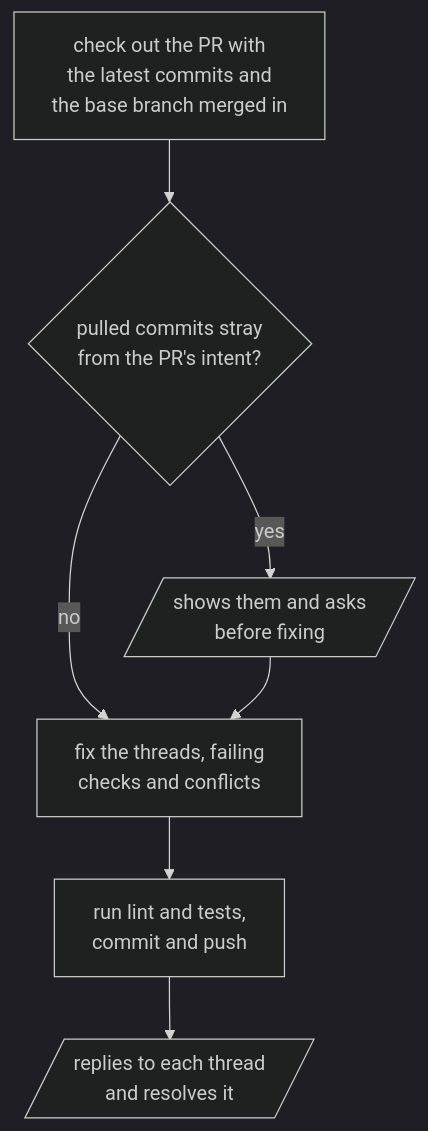
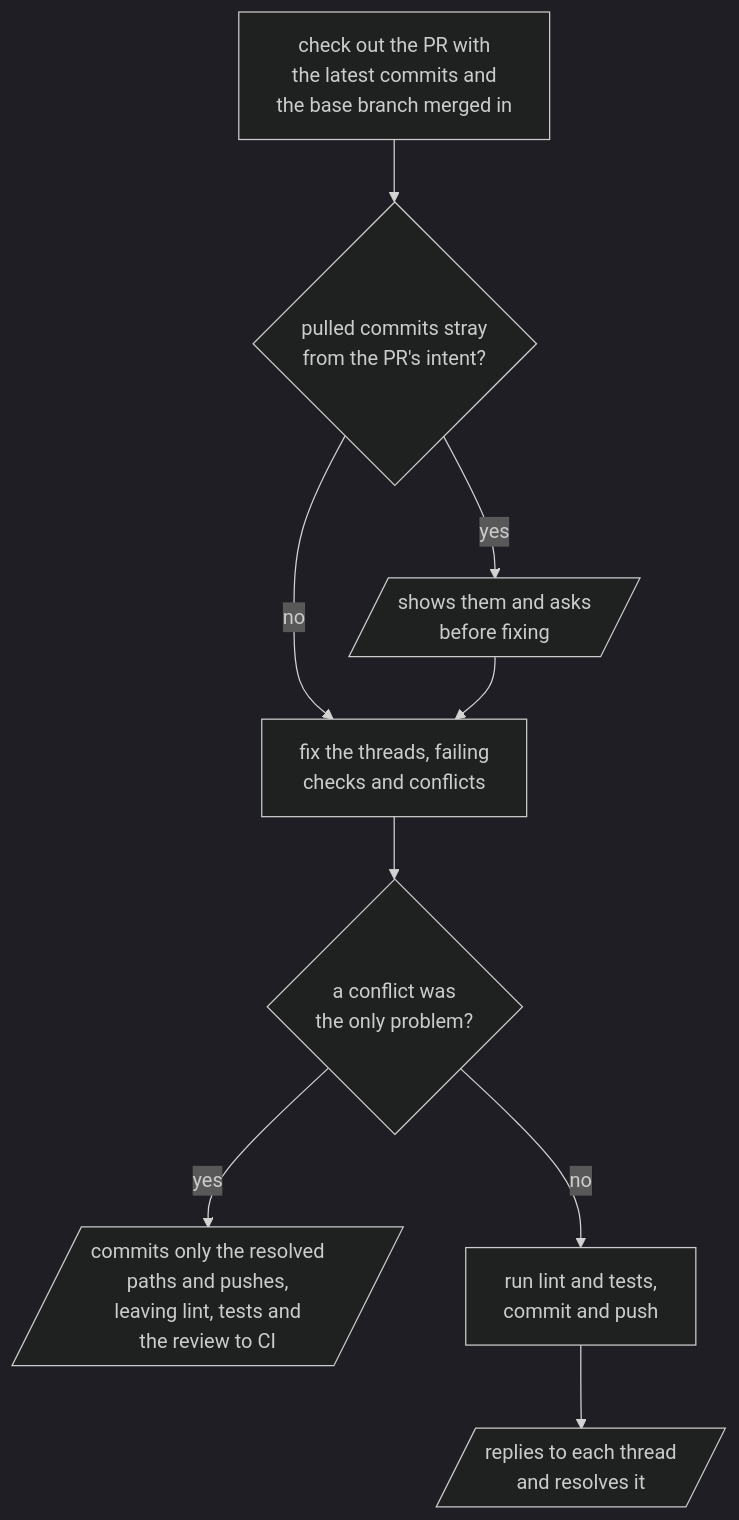
One commit to omni-stove/skill-kit changed the diagram in shared/skills/fix-pr/README.md. Above: the diagram before and after it, drawn with Mermaid (dark theme). The commit also changed 3 other files, not shown here.

````diff
--- a/shared/skills/fix-pr/README.md
+++ b/shared/skills/fix-pr/README.md
@@ -3,10 +3,12 @@
 ```mermaid
 flowchart TD
   fetch[check out the PR with<br/>the latest commits and<br/>the base branch merged in]
   fetch --> pulled{pulled commits stray<br/>from the PR's intent?}
   pulled -- "yes" --> ask[/shows them and asks<br/>before fixing/]
   pulled -- "no" --> fix
   ask --> fix[fix the threads, failing<br/>checks and conflicts]
-  fix --> push[run lint and tests,<br/>commit and push]
+  fix --> only{a conflict was<br/>the only problem?}
+  only -- "yes" --> merge[/commits only the resolved<br/>paths and pushes,<br/>leaving lint, tests and<br/>the review to CI/]
+  only -- "no" --> push[run lint and tests,<br/>commit and push]
   push --> reply[/replies to each thread<br/>and resolves it/]
 ```
````
